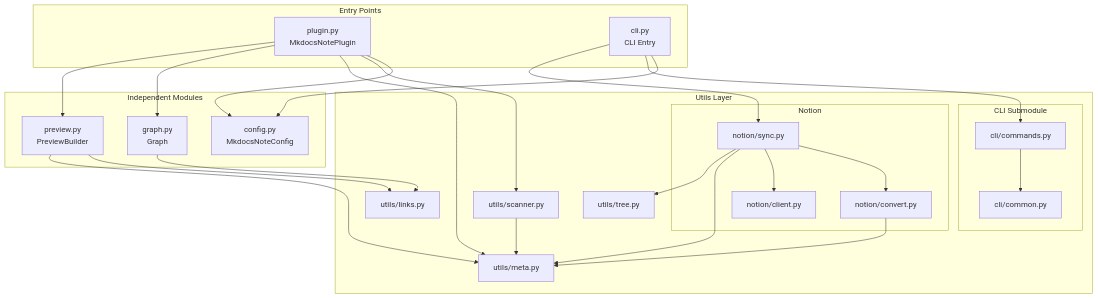
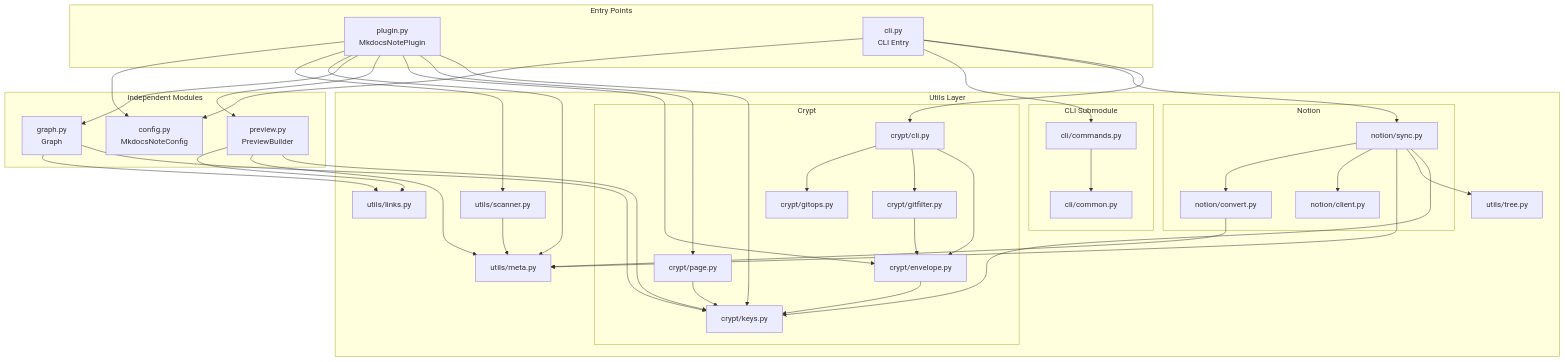
One commit to virtualguard101/mkdocs-note changed the first of 7 diagrams in docs/contributing/architecture.md. Above: the diagram before and after it, drawn with Mermaid. The commit also changed other lines of this file and 46 other files, not shown here.

````diff
--- a/docs/contributing/architecture.md
+++ b/docs/contributing/architecture.md
@@ -153,53 +164,76 @@
 ```mermaid
 graph TB
     subgraph "Entry Points"
         Plugin[plugin.py<br/>MkdocsNotePlugin]
         CLI[cli.py<br/>CLI Entry]
     end
     
     subgraph "Independent Modules"
         Config[config.py<br/>MkdocsNoteConfig]
         Graph[graph.py<br/>Graph]
         Preview[preview.py<br/>PreviewBuilder]
     end
     
     subgraph "Utils Layer"
         Meta[utils/meta.py]
         Links[utils/links.py]
         Scanner[utils/scanner.py]
         Tree[utils/tree.py]
         
+        subgraph "Crypt"
+            Keys[crypt/keys.py]
+            Envelope[crypt/envelope.py]
+            PageHelpers[crypt/page.py]
+            GitFilter[crypt/gitfilter.py]
+            GitOps[crypt/gitops.py]
+            CryptCli[crypt/cli.py]
+        end
+        
         subgraph "Notion"
             Convert[notion/convert.py]
             Client[notion/client.py]
             Sync[notion/sync.py]
         end
         
         subgraph "CLI Submodule"
             Commands[cli/commands.py]
             Common[cli/common.py]
         end
     end
     
     Plugin --> Config
     Plugin --> Scanner
     Plugin --> Meta
     Plugin --> Graph
     Plugin --> Preview
+    Plugin --> Envelope
+    Plugin --> PageHelpers
+    Plugin --> Keys
     
     Graph --> Links
+    Graph --> Keys
     Preview --> Links
     Preview --> Meta
+    Preview --> Keys
     
     CLI --> Config
     CLI --> Commands
     CLI --> Sync
+    CLI --> CryptCli
+    
+    CryptCli --> GitOps
+    CryptCli --> GitFilter
+    CryptCli --> Envelope
+    GitFilter --> Envelope
+    Envelope --> Keys
+    PageHelpers --> Keys
     
     Commands --> Common
     Scanner --> Meta
     Sync --> Convert
     Sync --> Client
     Sync --> Meta
     Sync --> Tree
+    Sync --> Keys
     Convert --> Meta
 ```
````
